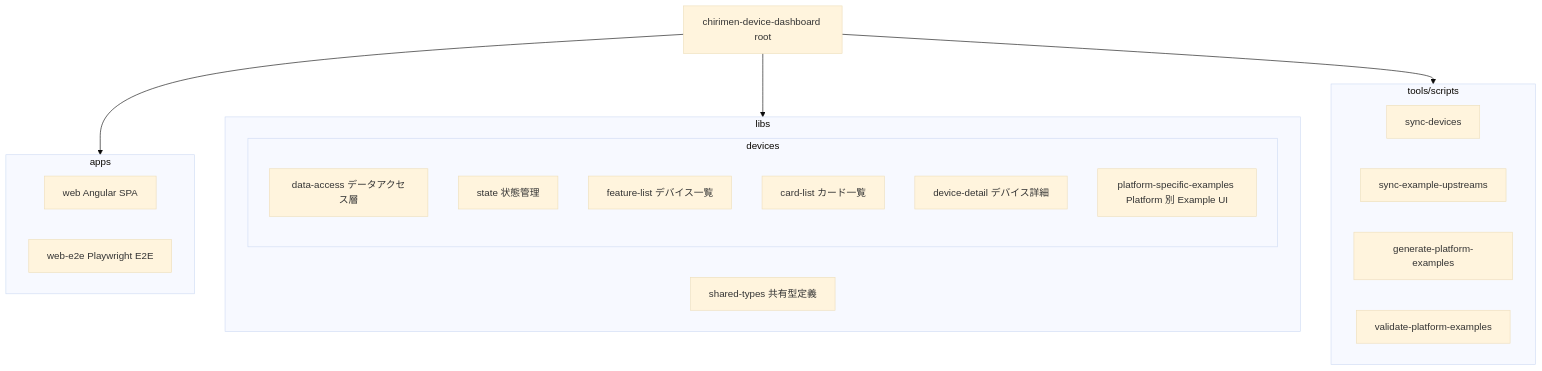
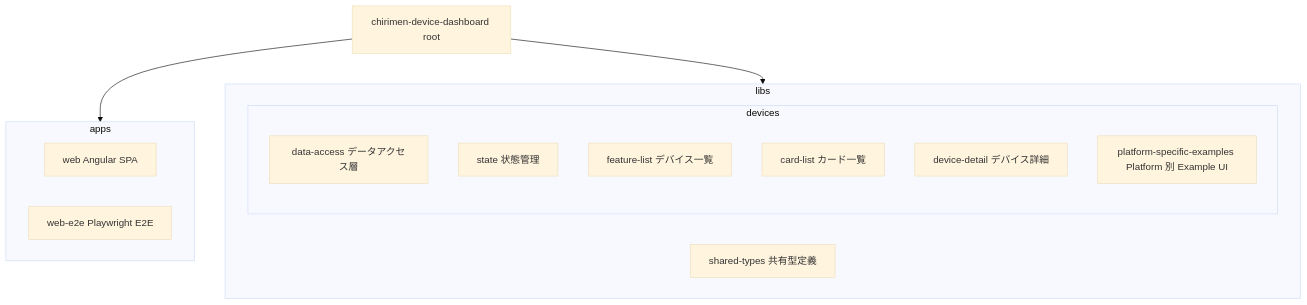
The first of 4 diagrams in docs/architecture.md (gurezo/chirimen-device-dashboard), drawn with Mermaid (base theme) before and after one commit. The commit also changed other lines of this file and 3 other files, not shown here.

````diff
--- a/docs/architecture.md
+++ b/docs/architecture.md
@@ -7,32 +7,24 @@
 ```mermaid
 flowchart TB
     root["chirimen-device-dashboard root"]
 
     subgraph appsGroup["apps"]
         web["web Angular SPA"]
         webE2e["web-e2e Playwright E2E"]
     end
 
     subgraph libsGroup["libs"]
         sharedTypes["shared-types 共有型定義"]
         subgraph devicesGroup["devices"]
             dataAccess["data-access データアクセス層"]
             stateLib["state 状態管理"]
             featureList["feature-list デバイス一覧"]
             cardList["card-list カード一覧"]
             deviceDetail["device-detail デバイス詳細"]
             platformExamples["platform-specific-examples Platform 別 Example UI"]
         end
     end
 
-    subgraph toolsGroup["tools/scripts"]
-        syncDevices["sync-devices"]
-        syncExampleUpstreams["sync-example-upstreams"]
-        generatePlatformExamples["generate-platform-examples"]
-        validatePlatformExamples["validate-platform-examples"]
-    end
-
     root --> appsGroup
     root --> libsGroup
-    root --> toolsGroup
 ```
````
